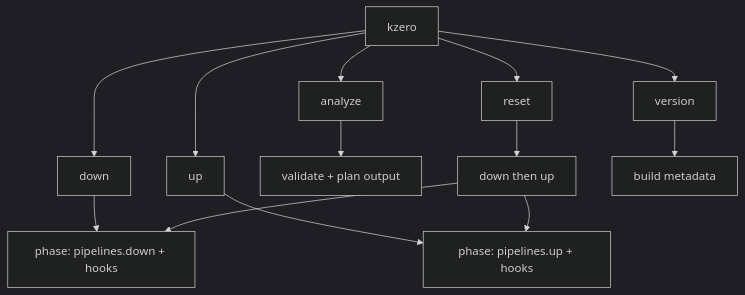
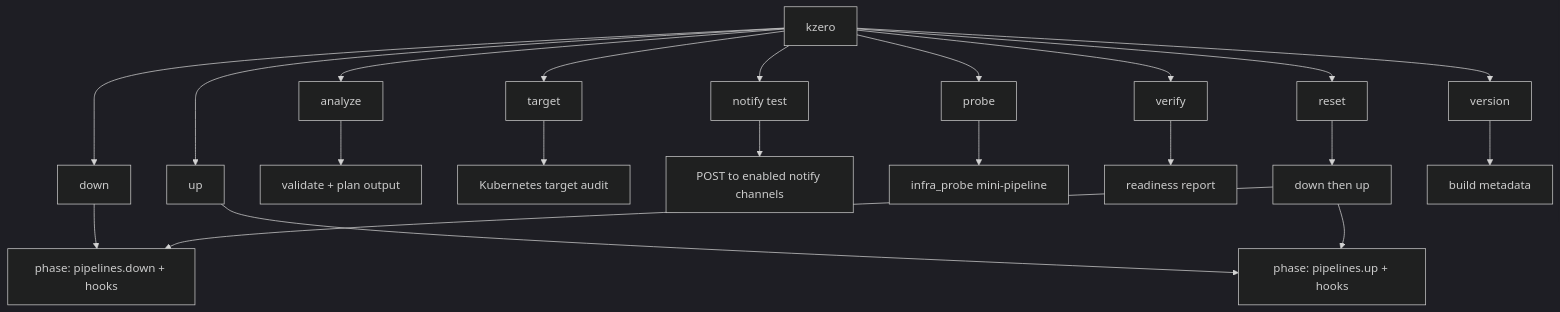
Before and after one commit to hrodrig/kzero: the second of 7 diagrams in docs/diagrams.md, drawn with Mermaid (dark theme). The commit also changed other lines of this file and 34 other files, not shown here.

````diff
--- a/docs/diagrams.md
+++ b/docs/diagrams.md
@@ -34,16 +38,24 @@
 ```mermaid
 flowchart TB
   R[kzero]
   R --> A[analyze]
+  R --> T[target]
+  R --> N[notify test]
+  R --> Pr[probe]
+  R --> Vf[verify]
   R --> D[down]
   R --> U[up]
   R --> X[reset]
   R --> V[version]
   A --> P[validate + plan output]
+  T --> KT[Kubernetes target audit]
+  N --> NT[POST to enabled notify channels]
+  Pr --> IP[infra_probe mini-pipeline]
+  Vf --> VR[readiness report]
   D --> PD[phase: pipelines.down + hooks]
   U --> PU[phase: pipelines.up + hooks]
   X --> RU[down then up]
   RU --> PD
   RU --> PU
   V --> I[build metadata]
 ```
````
